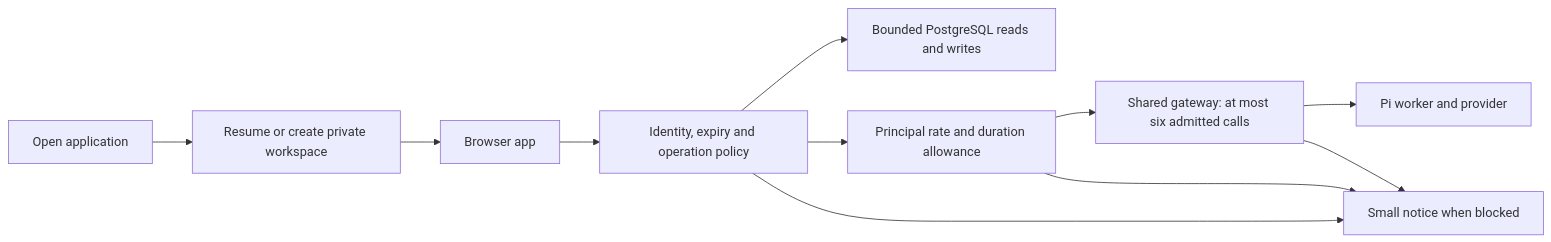
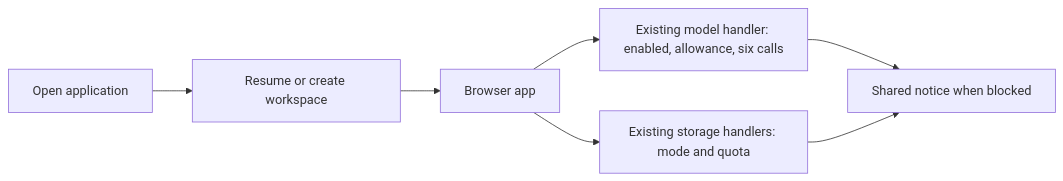
The diagram in ttmp/2026/10/16/FRANCOIS-008--rss-feeds-and-first-party-traffic-and-model-analytics/design-doc/03-minimal-public-experience-and-operational-capacity-controls.md (go-go-golems/francois), drawn with Mermaid before and after one commit. The commit also changed other lines of this file and 3 other files, not shown here.

Commit message:
Simplify capacity design to existing settings and handlers

````diff
--- a/ttmp/2026/10/16/FRANCOIS-008--rss-feeds-and-first-party-traffic-and-model-analytics/design-doc/03-minimal-public-experience-and-operational-capacity-controls.md
+++ b/ttmp/2026/10/16/FRANCOIS-008--rss-feeds-and-first-party-traffic-and-model-analytics/design-doc/03-minimal-public-experience-and-operational-capacity-controls.md
@@ -131,13 +141,9 @@
 ```mermaid
 flowchart LR
-  Open[Open application] --> Resolve[Resume or create private workspace]
-  Resolve --> App[Browser app]
-  App --> Gate[Identity, expiry and operation policy]
-  Gate --> Data[Bounded PostgreSQL reads and writes]
-  Gate --> Fair[Principal rate and duration allowance]
-  Fair --> Slots[Shared gateway: at most six admitted calls]
-  Slots --> Worker[Pi worker and provider]
-  Gate --> Notice[Small notice when blocked]
-  Fair --> Notice
-  Slots --> Notice
+  Open[Open application] --> Workspace[Resume or create workspace]
+  Workspace --> App[Browser app]
+  App --> Model[Existing model handler: enabled, allowance, six calls]
+  App --> Storage[Existing storage handlers: mode and quota]
+  Model --> Notice[Shared notice when blocked]
+  Storage --> Notice
 ```
````
